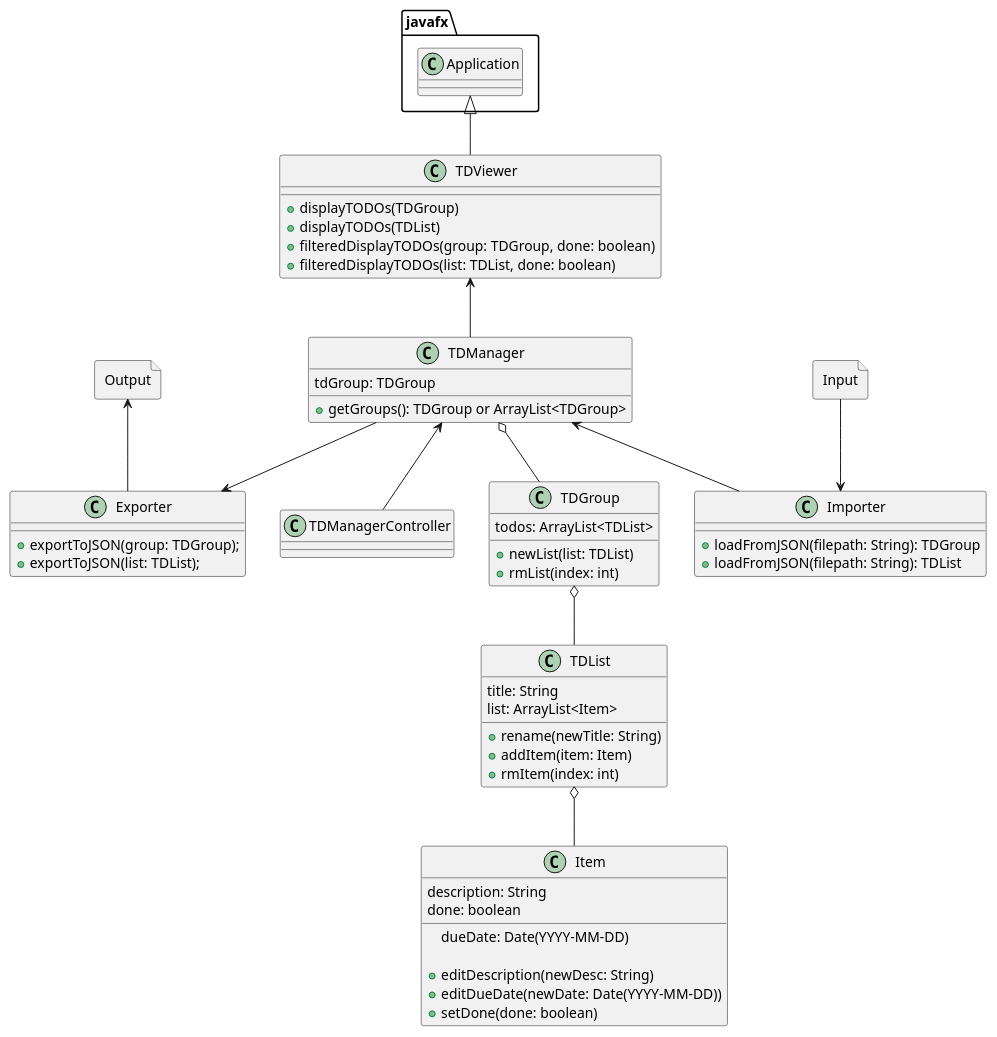
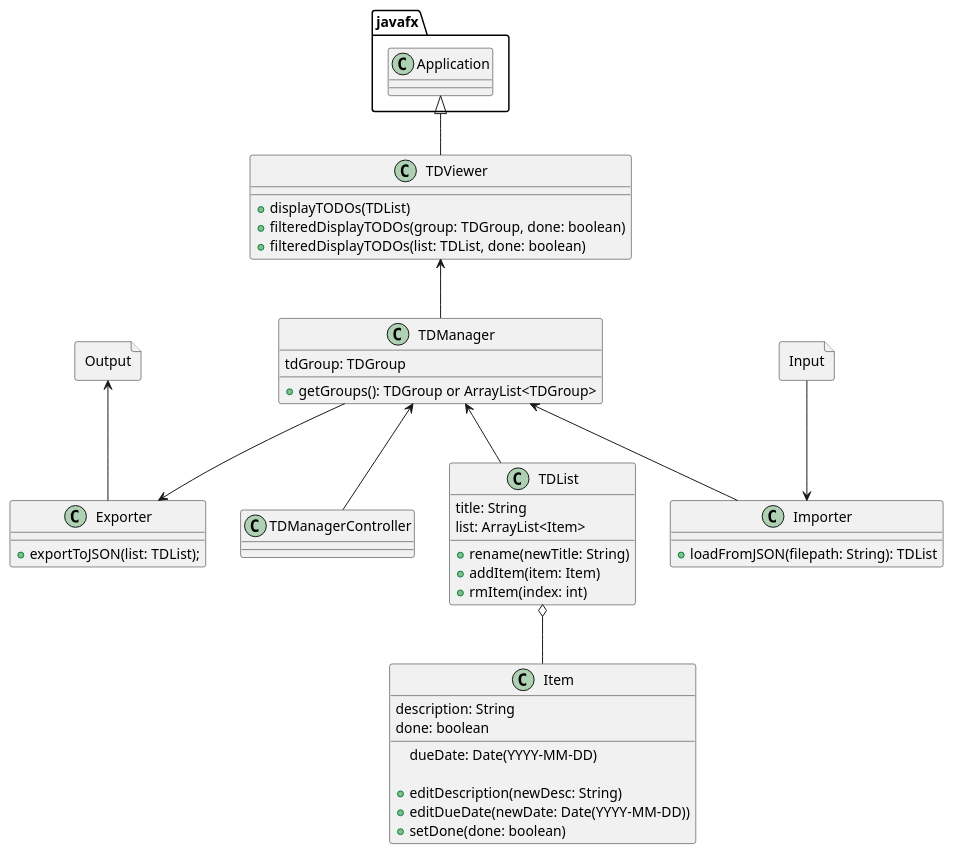
Before and after one commit to MontgomeryJukebox/Santamaria-cop3330-assignment4part2: the diagram in uml/TDList.puml, drawn with PlantUML. The commit also changed 19 other files, not shown here.

Commit message:
remove tdgroup and make it single list

```diff
--- a/uml/TDList.puml
+++ b/uml/TDList.puml
@@ -1,75 +1,65 @@
 @startuml
 'https://plantuml.com/class-diagram
 
 class TDManagerController {
 
 }
 
 class TDViewer {
-    + displayTODOs(TDGroup)
     + displayTODOs(TDList)
     + filteredDisplayTODOs(group: TDGroup, done: boolean)
     + filteredDisplayTODOs(list: TDList, done: boolean)
 }
 
 class Exporter {
-    + exportToJSON(group: TDGroup);
     + exportToJSON(list: TDList);
 }
 
 File Output {
 
 }
 
 File Input {
 
 }
 
 class Importer {
-    + loadFromJSON(filepath: String): TDGroup
     + loadFromJSON(filepath: String): TDList
 }
 
 class TDManager {
     tdGroup: TDGroup
 
     + getGroups(): TDGroup or ArrayList<TDGroup>
 }
 
 class TDList {
     title: String
     list: ArrayList<Item>
 
     + rename(newTitle: String)
     + addItem(item: Item)
     + rmItem(index: int)
 }
 
-class TDGroup {
-    todos: ArrayList<TDList>
-    + newList(list: TDList)
-    + rmList(index: int)
-}
-
 class Item {
     description: String
     done: boolean
     dueDate: Date(YYYY-MM-DD)
 
     + editDescription(newDesc: String)
     + editDueDate(newDate: Date(YYYY-MM-DD))
     + setDone(done: boolean)
 }
 
 javafx.Application <|-- TDViewer
 TDManager <-- TDManagerController
-TDManager o-- TDGroup
-TDGroup o-- TDList
 TDList o-- Item
+TDManager <-- TDList
 TDViewer <-- TDManager
 TDManager --> Exporter
 TDManager <-- Importer
 Output <-- Exporter
 Input --> Importer
 
 @enduml
```
